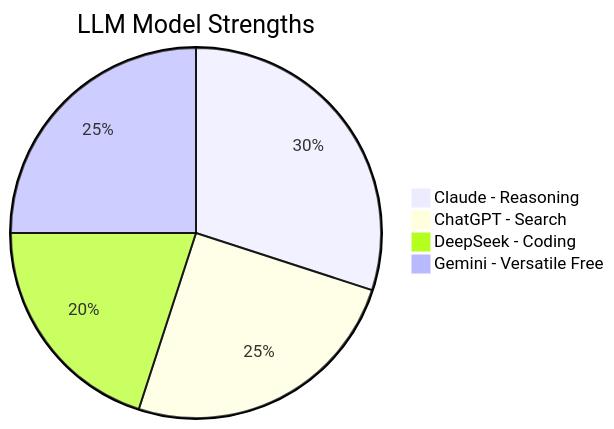
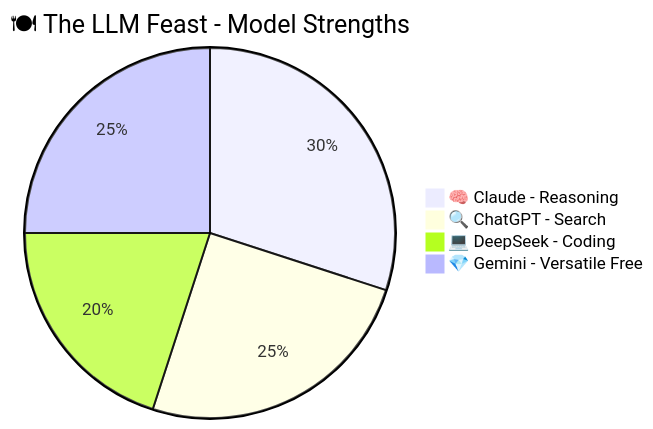
Before and after one commit to rifaterdemsahin/fal.ai: the diagram in 3_Simulation/2026-02-15/output/diagram_MM_07_scene_7_-_the_llm_feast.md, drawn with Mermaid. The commit also changed other lines of this file and 22 other files, not shown here.

Commit message:
diagram with images

````diff
--- a/3_Simulation/2026-02-15/output/diagram_MM_07_scene_7_-_the_llm_feast.md
+++ b/3_Simulation/2026-02-15/output/diagram_MM_07_scene_7_-_the_llm_feast.md
@@ -6,7 +7,7 @@
 ```mermaid
-pie title LLM Model Strengths
-    "Claude - Reasoning" : 30
-    "ChatGPT - Search" : 25
-    "DeepSeek - Coding" : 20
-    "Gemini - Versatile Free" : 25
+pie title 🍽 The LLM Feast - Model Strengths
+    "🧠 Claude - Reasoning" : 30
+    "🔍 ChatGPT - Search" : 25
+    "💻 DeepSeek - Coding" : 20
+    "💎 Gemini - Versatile Free" : 25
 ```
````
